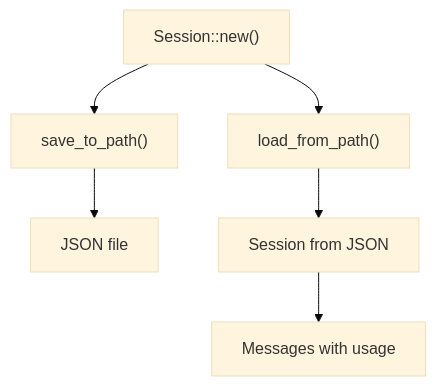
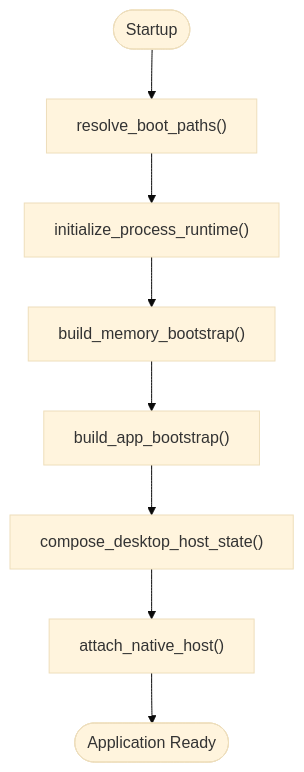
The third of 10 diagrams in .qoder/repowiki/en/content/Backend System (Rust)/Module Architecture & Design/Runtime Services/Runtime Services.md (novolei/if2Ai), drawn with Mermaid (base theme) before and after one commit. The commit also changed other lines of this file and 124 other files, not shown here.

````diff
--- a/.qoder/repowiki/en/content/Backend System (Rust)/Module Architecture & Design/Runtime Services/Runtime Services.md
+++ b/.qoder/repowiki/en/content/Backend System (Rust)/Module Architecture & Design/Runtime Services/Runtime Services.md
@@ -288,8 +161,10 @@
 ```mermaid
 flowchart TD
-New["Session::new()"] --> Save["save_to_path()"]
-New --> Load["load_from_path()"]
-Save --> File["JSON file"]
-Load --> Restore["Session from JSON"]
-Restore --> Messages["Messages with usage"]
+Start(["Startup"]) --> Paths["resolve_boot_paths()"]
+Paths --> Process["initialize_process_runtime()"]
+Process --> Memory["build_memory_bootstrap()"]
+Memory --> App["build_app_bootstrap()"]
+App --> Host["compose_desktop_host_state()"]
+Host --> Attach["attach_native_host()"]
+Attach --> Ready(["Application Ready"])
 ```
````
